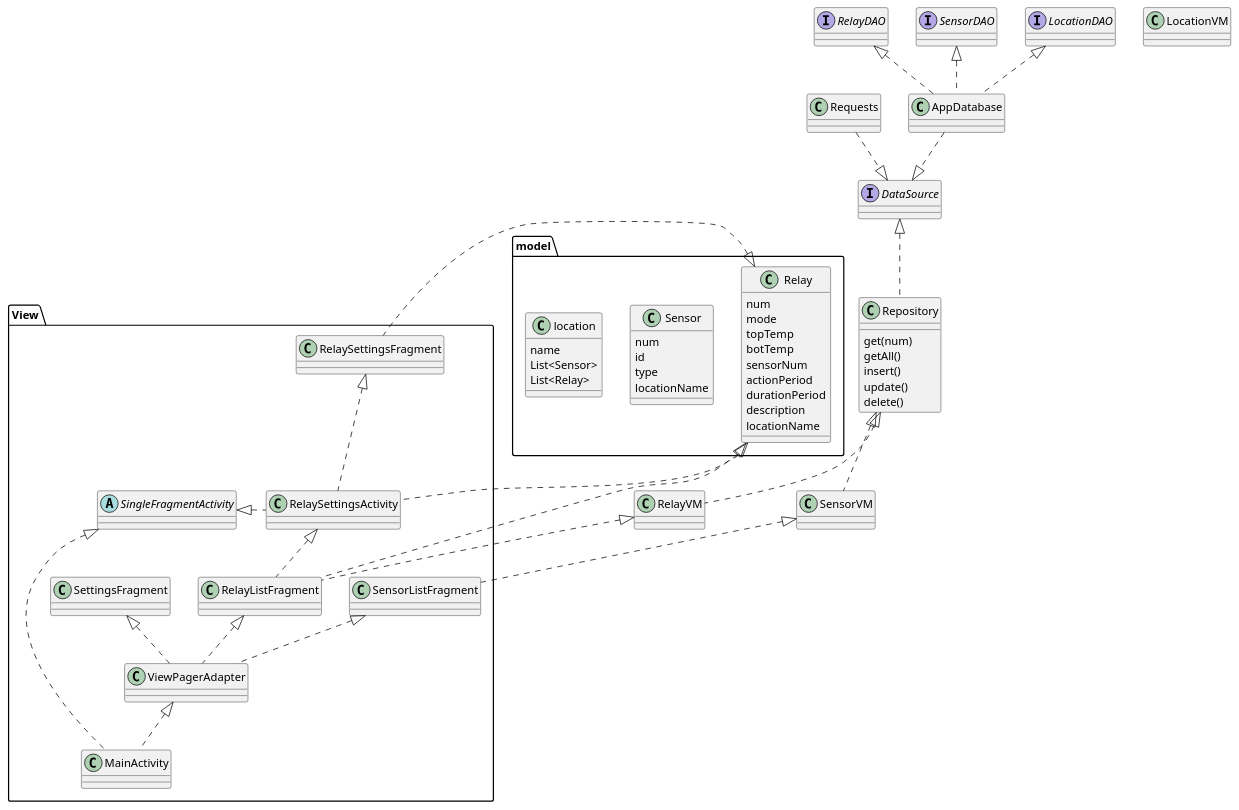
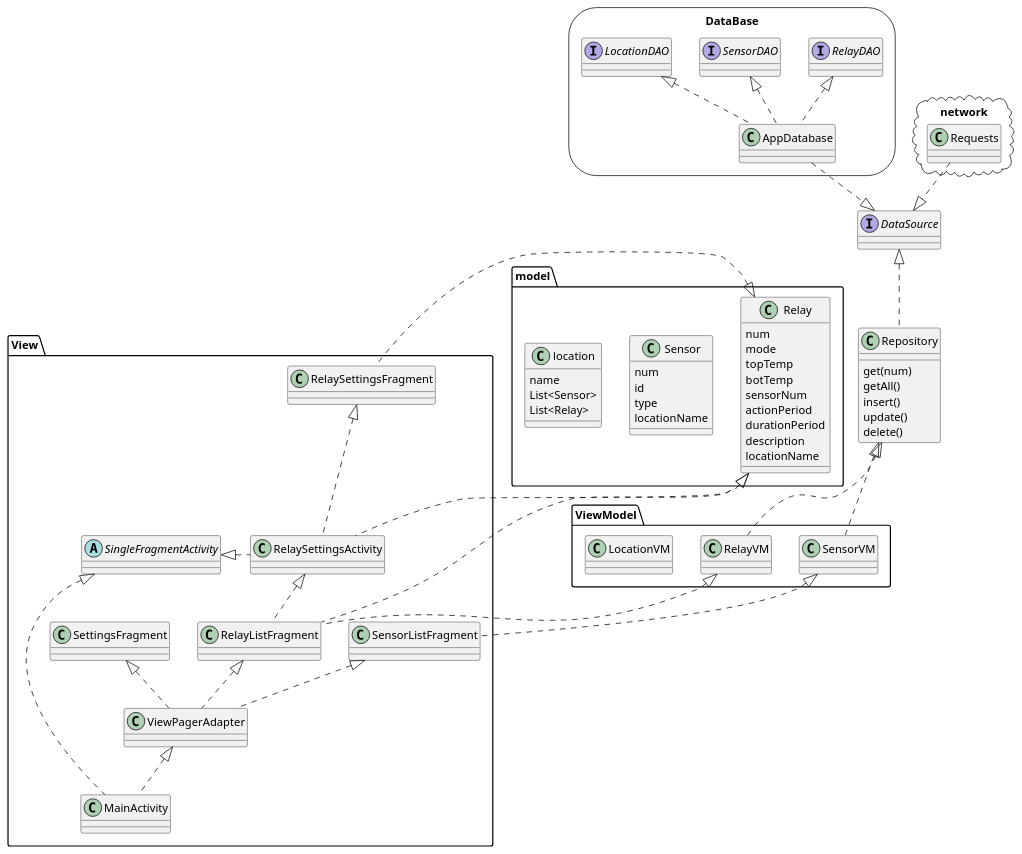
The diagram in app/src/main/java/grey/smarthouse/dg.puml (millerGrey/SmartHouse), drawn with PlantUML before and after one commit. The commit also changed 3 other files, not shown here.

```diff
--- a/app/src/main/java/grey/smarthouse/dg.puml
+++ b/app/src/main/java/grey/smarthouse/dg.puml
@@ -1,81 +1,90 @@
 @startuml
 
 package View{
     class MainActivity
     class RelaySettingsActivity
     abstract class SingleFragmentActivity
     class SensorListFragment
     class SettingsFragment
     class RelaySettingsFragment
     class ViewPagerAdapter
     class RelayListFragment
 }
 
 package model{
     class Relay{
         num
         mode
         topTemp
         botTemp
         sensorNum
         actionPeriod
         durationPeriod
         description
         locationName
     }
     class Sensor{
         num
         id
         type
         locationName
     }
     class location{
         name
         List<Sensor>
         List<Relay>
     }
 }
 
+package ViewModel{
+    class RelayVM
+    class SensorVM
+    class LocationVM
+}
+
+storage DataBase {
+    class AppDatabase
+    interface RelayDAO
+    interface SensorDAO
+    interface LocationDAO
+}
+
+cloud network{
+    class Requests
+}
 
 
 
 
-
-class RelayVM
-class SensorVM
-class LocationVM
 class Repository{
     get(num)
     getAll()
     insert()
     update()
     delete()
 }
 interface DataSource
-class Requests
-class AppDatabase
-interface RelayDAO
-interface SensorDAO
-interface LocationDAO
+
+
 Relay <|.. RelayListFragment
 Relay <|. RelaySettingsFragment
 Relay <|.. RelaySettingsActivity
 SingleFragmentActivity <|. RelaySettingsActivity
 SingleFragmentActivity <|. MainActivity
 RelaySettingsFragment <|.. RelaySettingsActivity
 RelaySettingsActivity <|.. RelayListFragment
 SettingsFragment <|.. ViewPagerAdapter
 SensorListFragment <|.. ViewPagerAdapter
 RelayListFragment <|.. ViewPagerAdapter
 ViewPagerAdapter <|.. MainActivity
 RelayVM <|.. RelayListFragment
 SensorVM <|.. SensorListFragment
 Repository <|.. RelayVM
 Repository <|.. SensorVM
 DataSource <|.. Repository
 AppDatabase ..|> DataSource
 Requests ..|> DataSource
 LocationDAO <|.. AppDatabase
 SensorDAO <|.. AppDatabase
 RelayDAO <|.. AppDatabase
 @enduml
```
